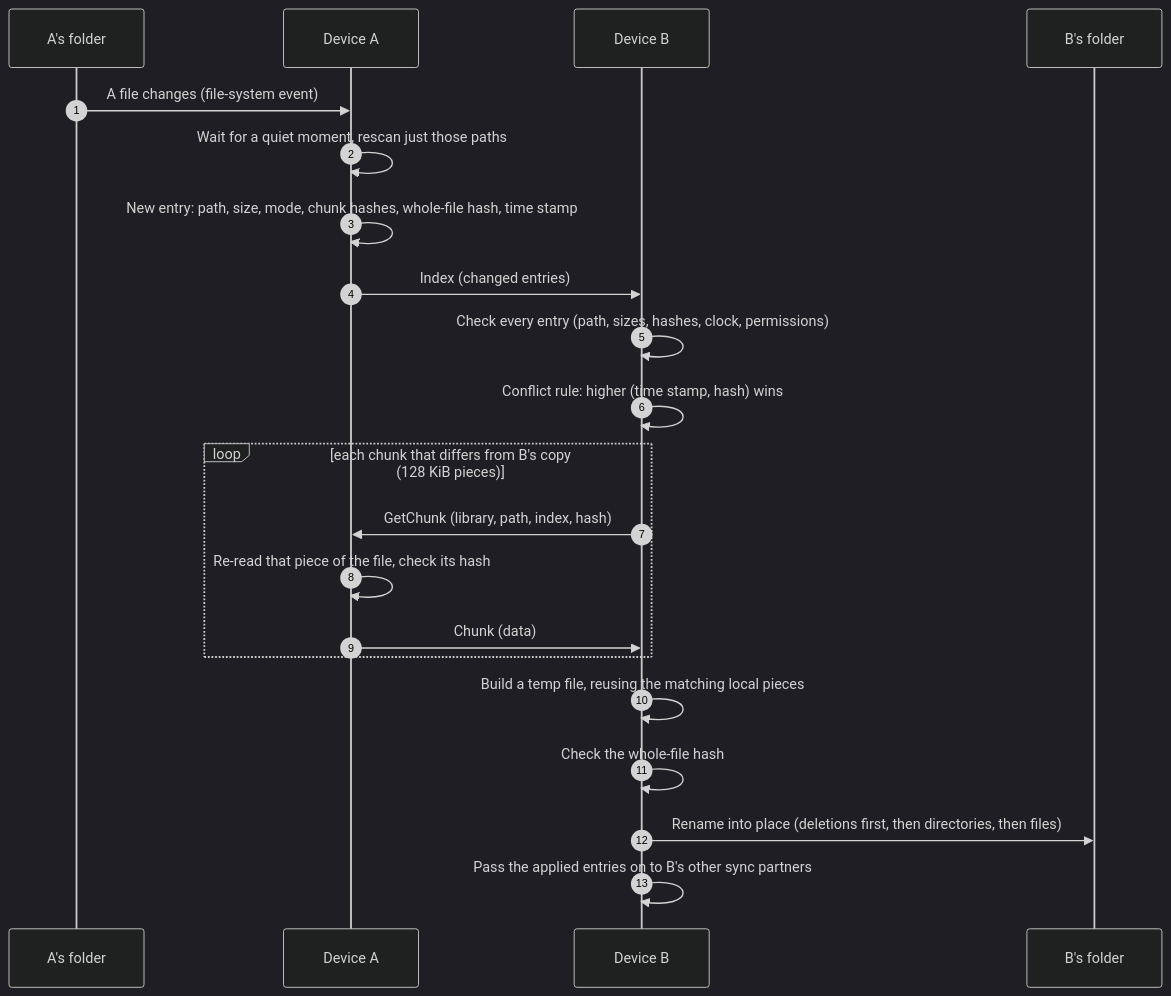
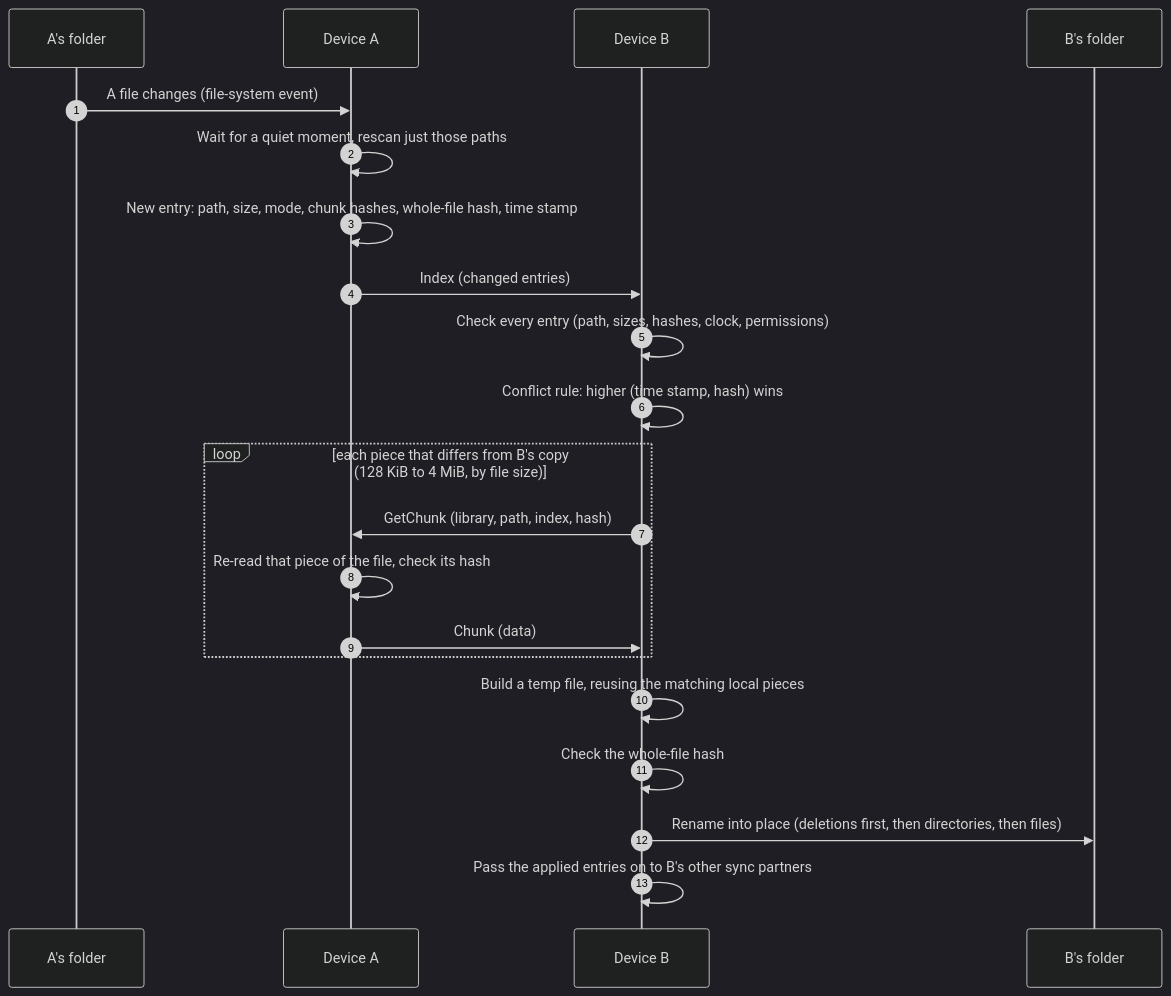
The fourth of 5 diagrams in SECURITY.md (mrmoss/rustsync), drawn with Mermaid (dark theme) before and after one commit. The commit also changed other lines of this file and 15 other files, not shown here.

````diff
--- a/SECURITY.md
+++ b/SECURITY.md
@@ -193,23 +193,23 @@
 ```mermaid
 sequenceDiagram
     autonumber
     participant F as A's folder
     participant A as Device A
     participant B as Device B
     participant G as B's folder
     F->>A: A file changes (file-system event)
     A->>A: Wait for a quiet moment, rescan just those paths
     A->>A: New entry: path, size, mode, chunk hashes, whole-file hash, time stamp
     A->>B: Index (changed entries)
     B->>B: Check every entry (path, sizes, hashes, clock, permissions)
     B->>B: Conflict rule: higher (time stamp, hash) wins
-    loop each chunk that differs from B's copy (128 KiB pieces)
+    loop each piece that differs from B's copy (128 KiB to 4 MiB, by file size)
         B->>A: GetChunk (library, path, index, hash)
         A->>A: Re-read that piece of the file, check its hash
         A->>B: Chunk (data)
     end
     B->>B: Build a temp file, reusing the matching local pieces
     B->>B: Check the whole-file hash
     B->>G: Rename into place (deletions first, then directories, then files)
     B->>B: Pass the applied entries on to B's other sync partners
 ```
````
